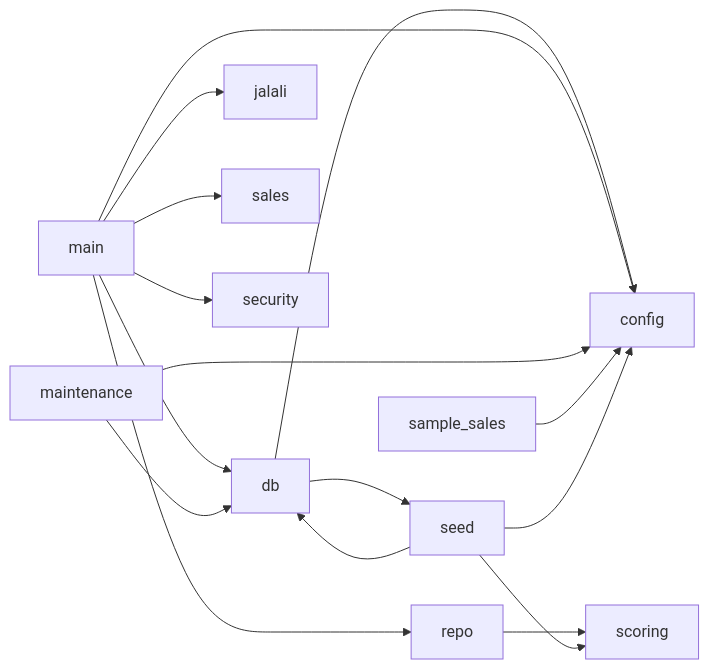
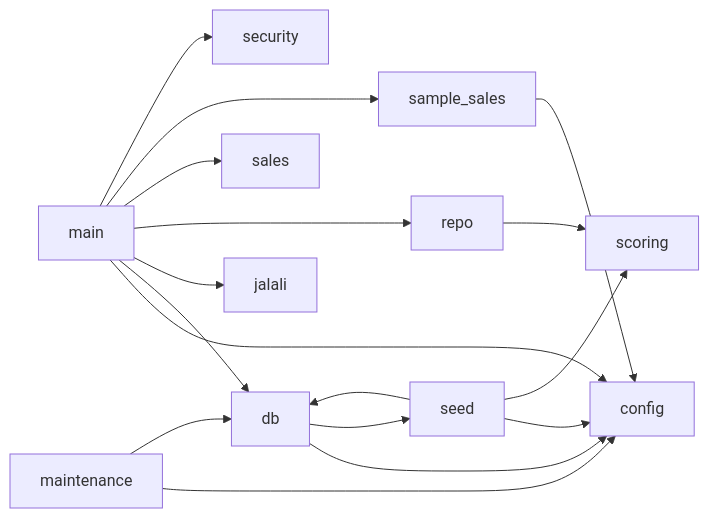
One commit to iciiex/comu-center changed the diagram in docs/agent-guide/code-map.md. Above: the diagram before and after it, drawn with Mermaid. The commit also changed other lines of this file and 33 other files, not shown here.

````diff
--- a/docs/agent-guide/code-map.md
+++ b/docs/agent-guide/code-map.md
@@ -45,18 +45,19 @@
 ```mermaid
 graph LR
     db --> config
     db --> seed
     main --> config
     main --> db
     main --> jalali
     main --> repo
     main --> sales
+    main --> sample_sales
     main --> security
     maintenance --> config
     maintenance --> db
     repo --> scoring
     sample_sales --> config
     seed --> config
     seed --> db
     seed --> scoring
 ```
````
